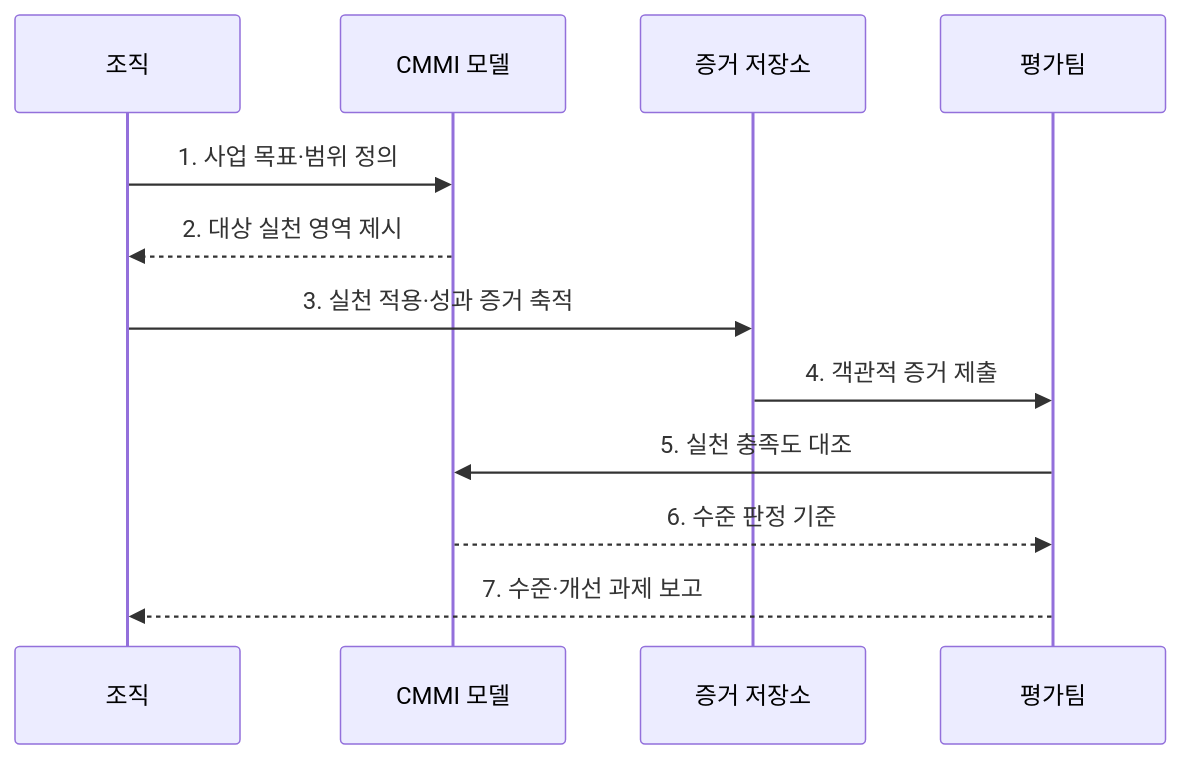
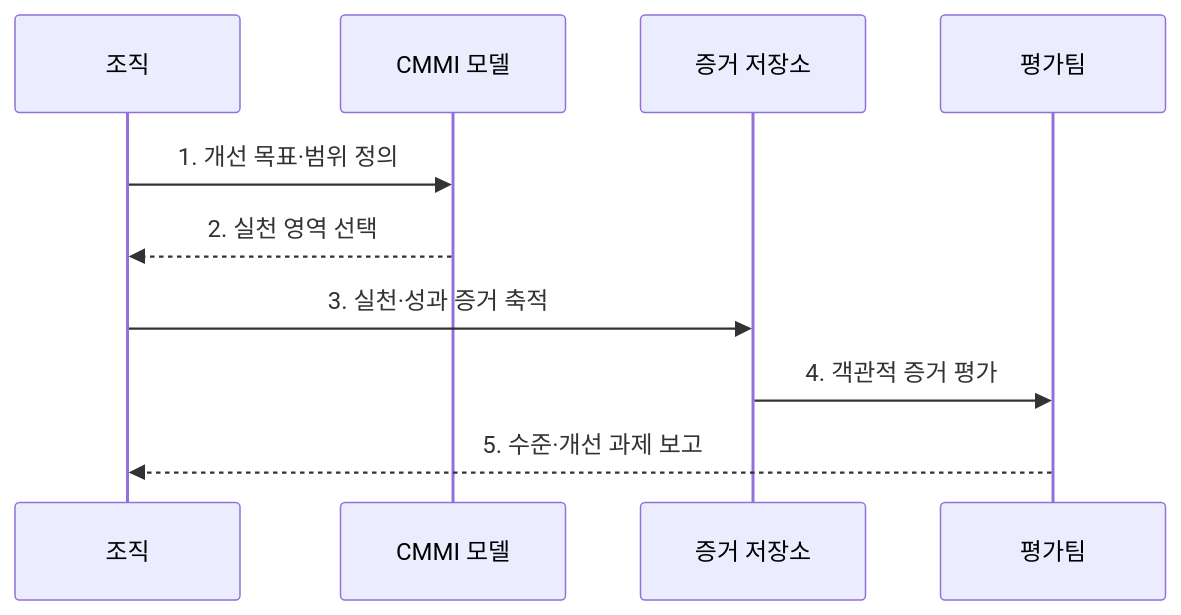
One commit to agnusdei1207/knowledge-base changed the second of 2 diagrams in src/content/docs/notes/03-software/070_cmmi_maturity_model.md. Above: the diagram before and after it, drawn with Mermaid. The commit also changed other lines of this file and 238 other files, not shown here.

````diff
--- a/src/content/docs/notes/03-software/070_cmmi_maturity_model.md
+++ b/src/content/docs/notes/03-software/070_cmmi_maturity_model.md
@@ -78,14 +78,12 @@
 ```mermaid
 sequenceDiagram
     participant O as 조직
     participant M as CMMI 모델
     participant E as 증거 저장소
     participant A as 평가팀
-    O->>M: 1. 사업 목표·범위 정의
-    M-->>O: 2. 대상 실천 영역 제시
-    O->>E: 3. 실천 적용·성과 증거 축적
-    E->>A: 4. 객관적 증거 제출
-    A->>M: 5. 실천 충족도 대조
-    M-->>A: 6. 수준 판정 기준
-    A-->>O: 7. 수준·개선 과제 보고
+    O->>M: 1. 개선 목표·범위 정의
+    M-->>O: 2. 실천 영역 선택
+    O->>E: 3. 실천·성과 증거 축적
+    E->>A: 4. 객관적 증거 평가
+    A-->>O: 5. 수준·개선 과제 보고
 ```
````
